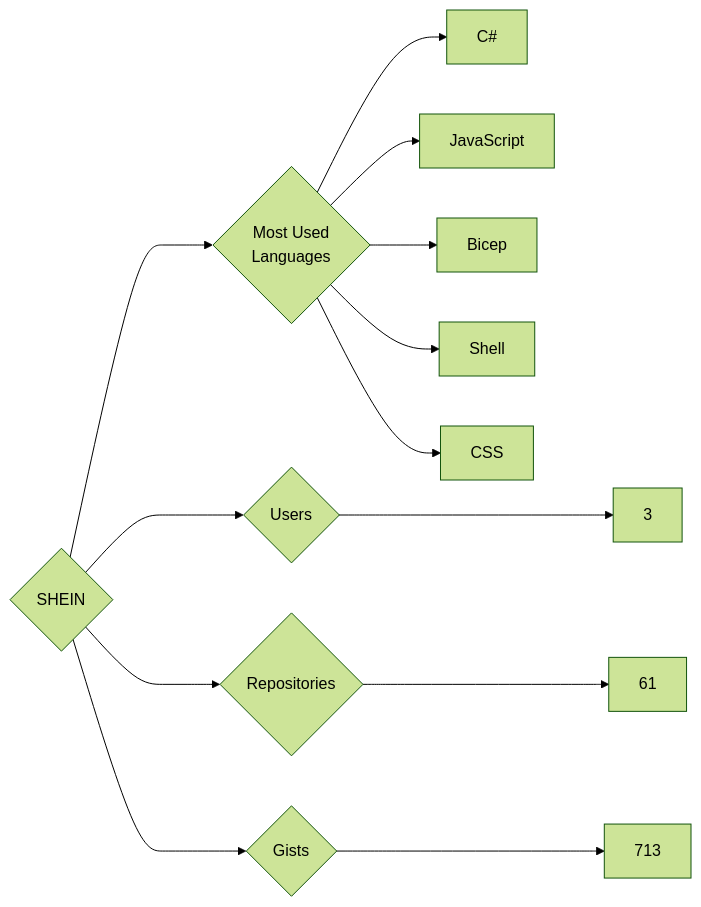
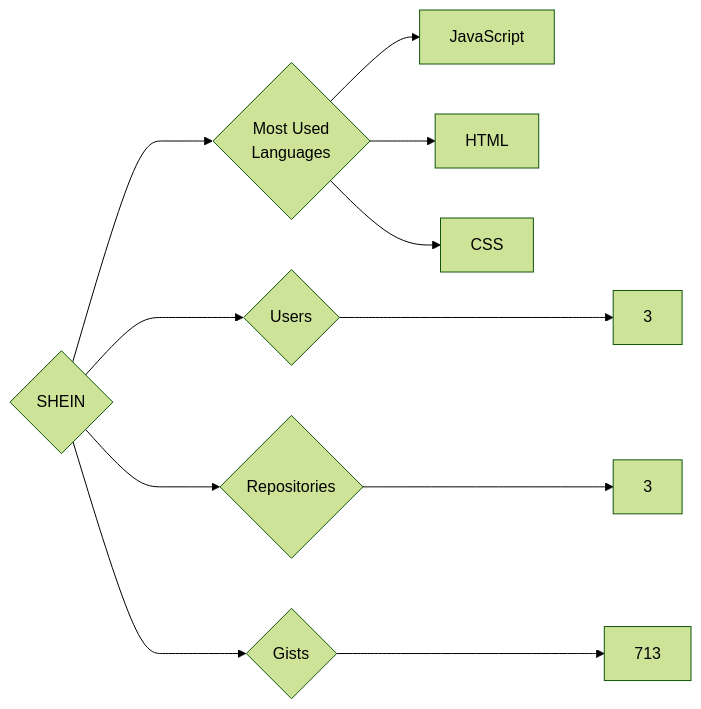
One commit to trickest/insiders changed the diagram in targets/SHEIN/README.md. Above: the diagram before and after it, drawn with Mermaid (forest theme). The commit also changed 1508 other files, not shown here.

````diff
--- a/targets/SHEIN/README.md
+++ b/targets/SHEIN/README.md
@@ -3,13 +3,11 @@
 ```mermaid
 graph LR
 COMPANY_NAME{SHEIN}
 COMPANY_NAME ---> U{Users} ---> UN[3]
-COMPANY_NAME ---> R{Repositories} ---> RN[61]
+COMPANY_NAME ---> R{Repositories} ---> RN[3]
 COMPANY_NAME ---> G{Gists} ---> GN[713]
 COMPANY_NAME ---> ML{Most Used<br>Languages}
-ML --> C#[C#]
 ML --> JavaScript[JavaScript]
-ML --> Bicep[Bicep]
-ML --> Shell[Shell]
+ML --> HTML[HTML]
 ML --> CSS[CSS]
 ```
````
